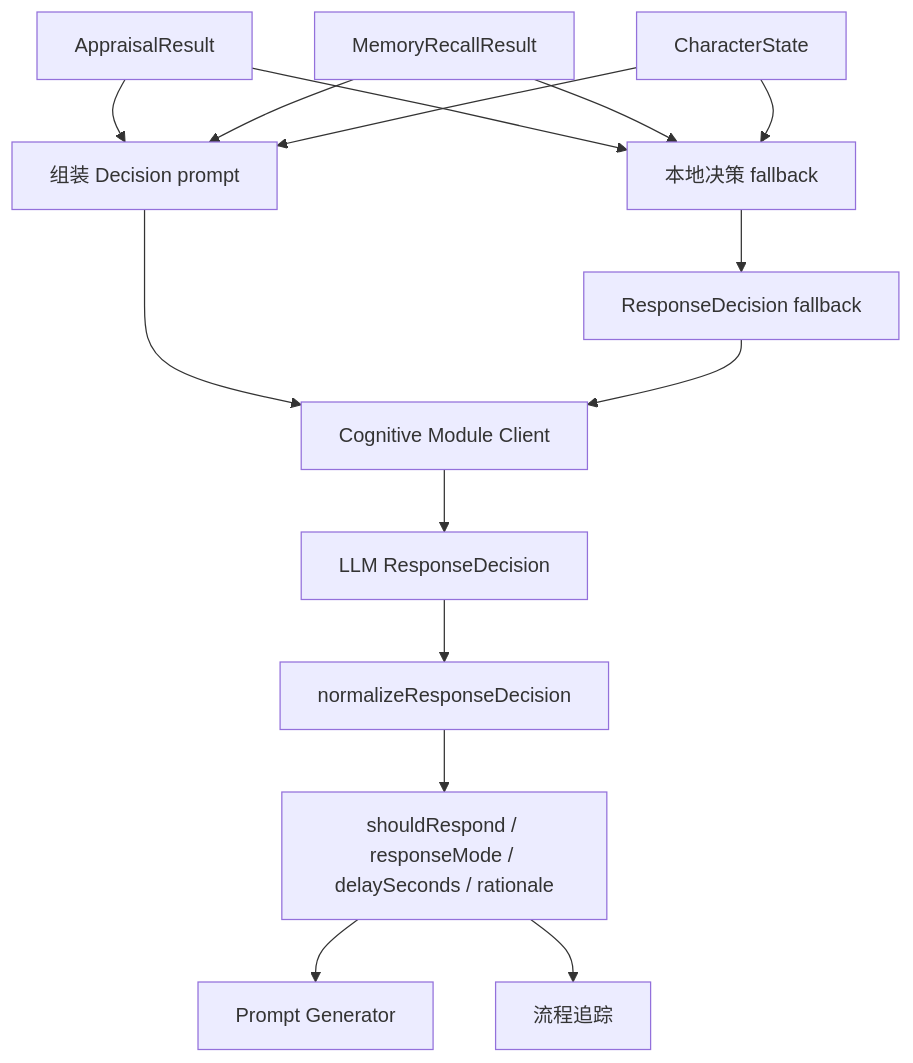
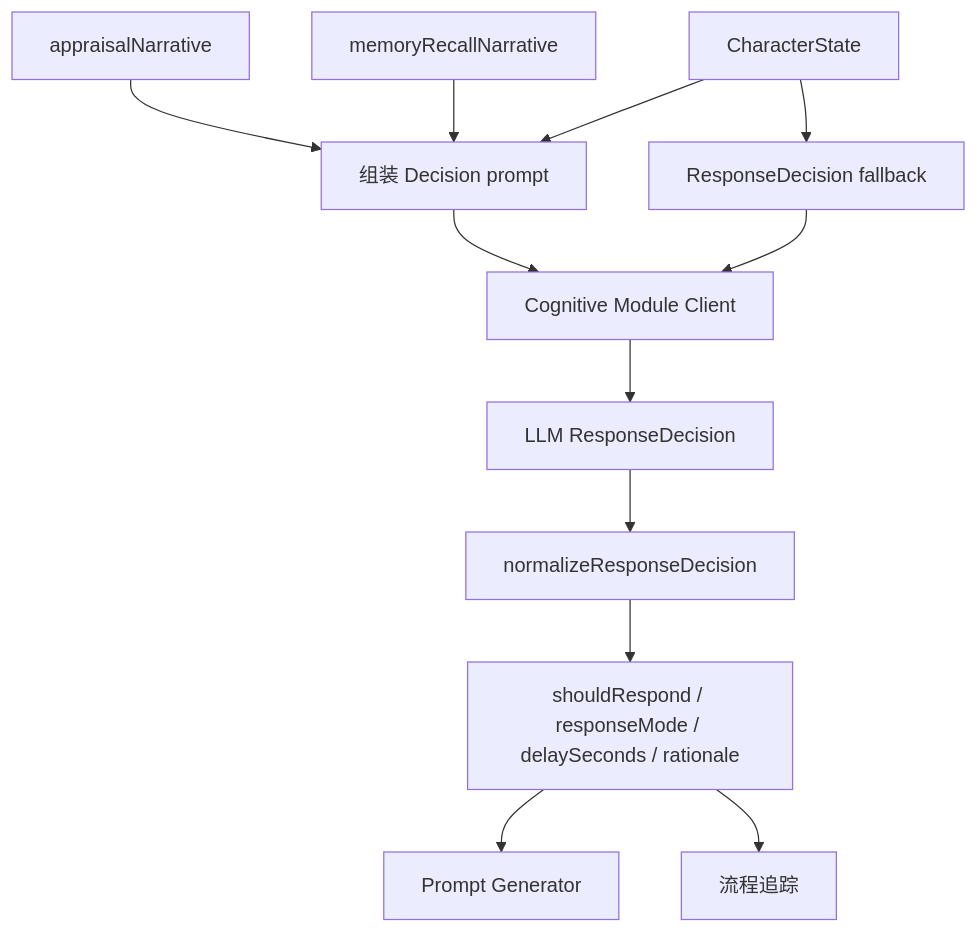
Diagram 18 of 31 in docs/SYSTEM_FLOW.md (ttmanthatman/virtual-human-flow), drawn with Mermaid before and after one commit. The commit also changed other lines of this file and 7 other files, not shown here.

````diff
--- a/docs/SYSTEM_FLOW.md
+++ b/docs/SYSTEM_FLOW.md
@@ -458,17 +458,14 @@
 ```mermaid
 flowchart TD
-    A["AppraisalResult"] --> RULES["本地决策 fallback"]
-    M["MemoryRecallResult"] --> RULES
-    S["CharacterState"] --> RULES
-    RULES --> MOCK["ResponseDecision fallback"]
-    A --> PROMPT["组装 Decision prompt"]
-    M --> PROMPT
-    S --> PROMPT
+    A["appraisalNarrative"] --> PROMPT["组装 Decision prompt"]
+    M["memoryRecallNarrative"] --> PROMPT
+    S["CharacterState"] --> PROMPT
+    S --> MOCK["ResponseDecision fallback"]
     PROMPT --> CLIENT["Cognitive Module Client"]
     MOCK --> CLIENT
     CLIENT --> RAW["LLM ResponseDecision"]
     RAW --> NORM["normalizeResponseDecision"]
     NORM --> OUT["shouldRespond / responseMode / delaySeconds / rationale"]
     OUT --> PROMPTGEN["Prompt Generator"]
     OUT --> TRACE["流程追踪"]
 ```
````
